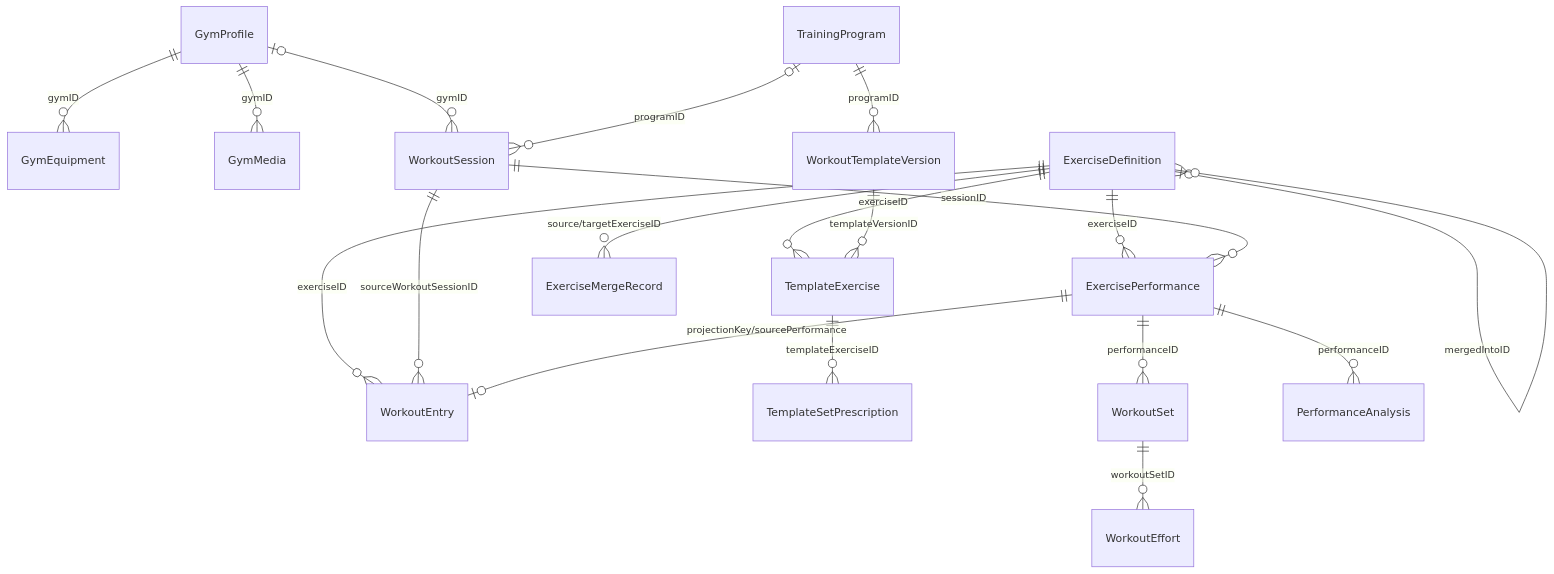
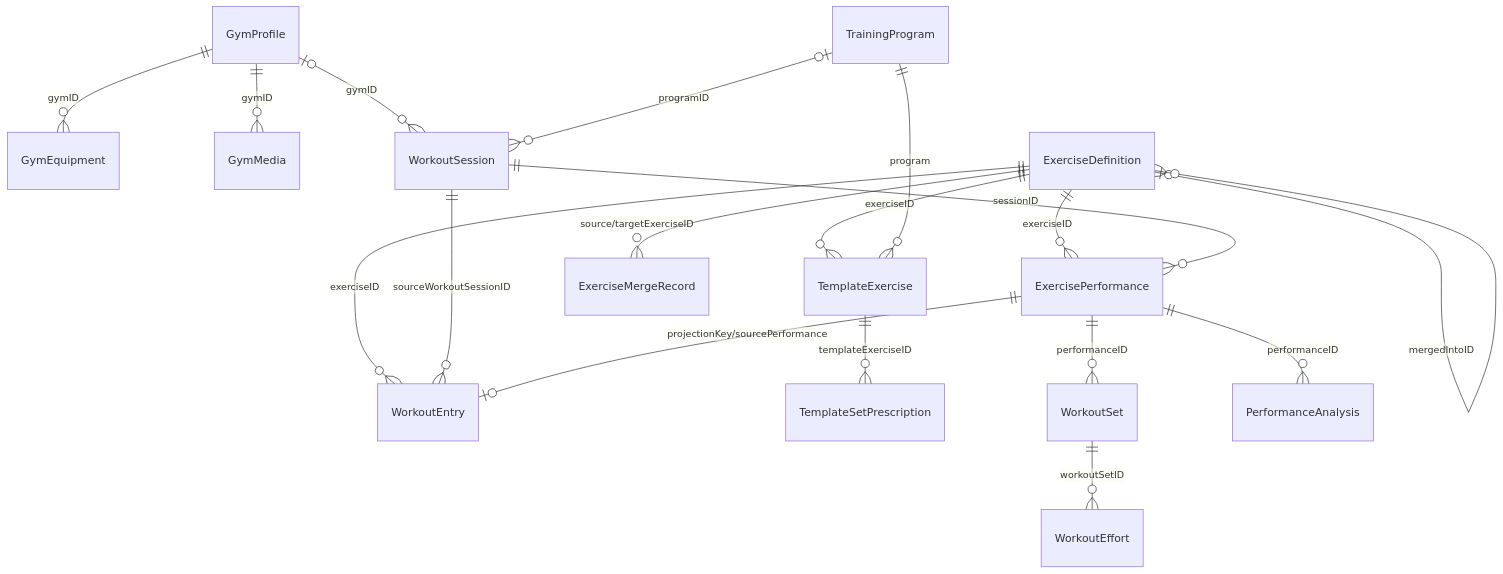
Before and after one commit to hedon954/soma: the first of 3 diagrams in docs/engineering/database-schema.md, drawn with Mermaid. The commit also changed other lines of this file and 143 other files, not shown here.

````diff
--- a/docs/engineering/database-schema.md
+++ b/docs/engineering/database-schema.md
@@ -131,23 +130,22 @@
 ```mermaid
 erDiagram
     GymProfile ||--o{ GymEquipment : "gymID"
     GymProfile ||--o{ GymMedia : "gymID"
     GymProfile o|--o{ WorkoutSession : "gymID"
 
     ExerciseDefinition ||--o{ WorkoutEntry : "exerciseID"
     ExerciseDefinition ||--o{ TemplateExercise : "exerciseID"
     ExerciseDefinition ||--o{ ExercisePerformance : "exerciseID"
     ExerciseDefinition o|--o{ ExerciseDefinition : "mergedIntoID"
     ExerciseDefinition ||--o{ ExerciseMergeRecord : "source/targetExerciseID"
 
-    TrainingProgram ||--o{ WorkoutTemplateVersion : "programID"
-    WorkoutTemplateVersion ||--o{ TemplateExercise : "templateVersionID"
+    TrainingProgram ||--o{ TemplateExercise : "program"
     TemplateExercise ||--o{ TemplateSetPrescription : "templateExerciseID"
     TrainingProgram o|--o{ WorkoutSession : "programID"
     WorkoutSession ||--o{ ExercisePerformance : "sessionID"
     ExercisePerformance ||--o{ WorkoutSet : "performanceID"
     WorkoutSet ||--o{ WorkoutEffort : "workoutSetID"
     ExercisePerformance ||--o{ PerformanceAnalysis : "performanceID"
     WorkoutSession ||--o{ WorkoutEntry : "sourceWorkoutSessionID"
     ExercisePerformance ||--o| WorkoutEntry : "projectionKey/sourcePerformance"
 ```
````
